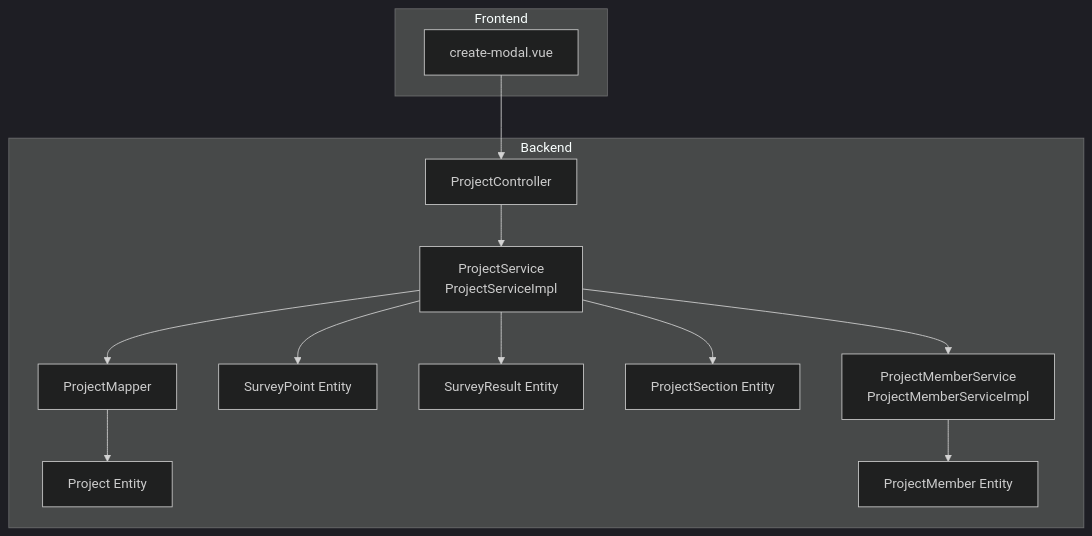
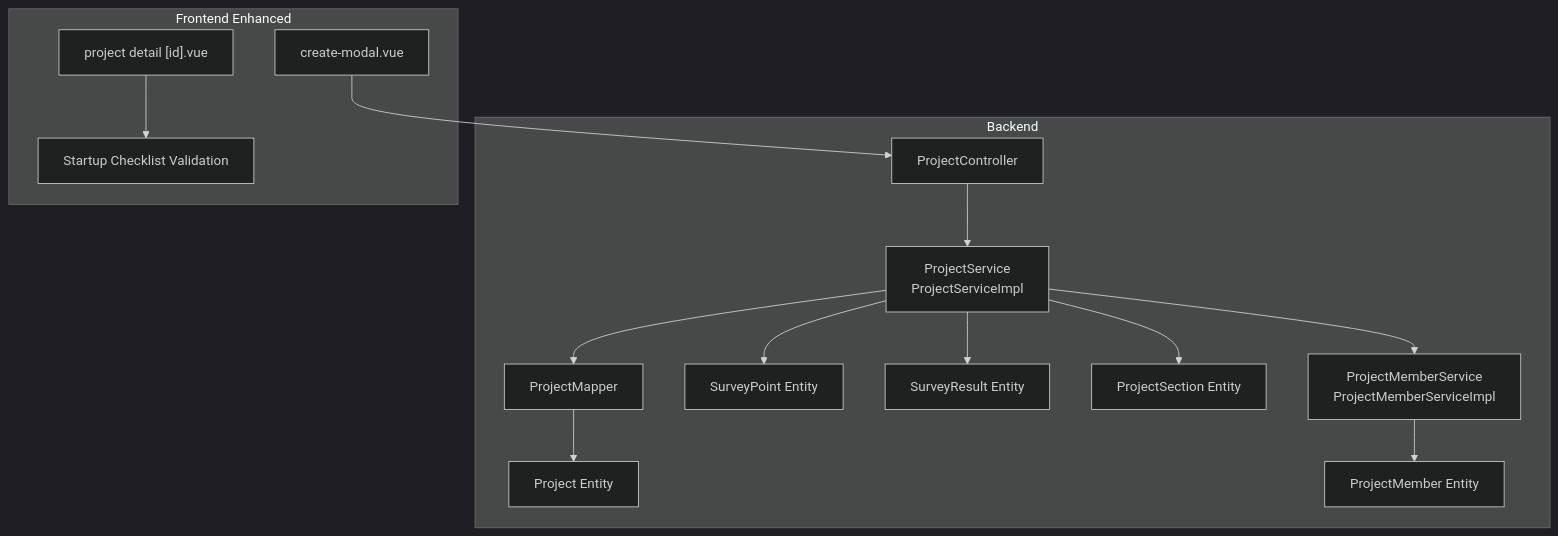
One commit to bo961386926/Survey-App changed the first of 7 diagrams in .qoder/repowiki/en/content/Project & Task Management/Project Lifecycle Management.md. Above: the diagram before and after it, drawn with Mermaid (dark theme). The commit also changed other lines of this file and 7 other files, not shown here.

````diff
--- a/.qoder/repowiki/en/content/Project & Task Management/Project Lifecycle Management.md
+++ b/.qoder/repowiki/en/content/Project & Task Management/Project Lifecycle Management.md
@@ -38,26 +49,29 @@
 ```mermaid
 graph TB
 subgraph "Backend"
 PC["ProjectController"]
 PS["ProjectService<br/>ProjectServiceImpl"]
 PM["ProjectMapper"]
 PE["Project Entity"]
 SME["SurveyPoint Entity"]
 SRE["SurveyResult Entity"]
 PSE["ProjectSection Entity"]
 PMS["ProjectMemberService<br/>ProjectMemberServiceImpl"]
 PME["ProjectMember Entity"]
 end
-subgraph "Frontend"
-CM["create-modal.vue"]
+subgraph "Frontend Enhanced"
+CD["create-modal.vue"]
+PD["project detail [id].vue"]
+SC["Startup Checklist Validation"]
 end
-CM --> PC
+CD --> PC
+PD --> SC
 PC --> PS
 PS --> PM
 PM --> PE
 PS --> SME
 PS --> SRE
 PS --> PSE
 PS --> PMS
 PMS --> PME
 ```
````
